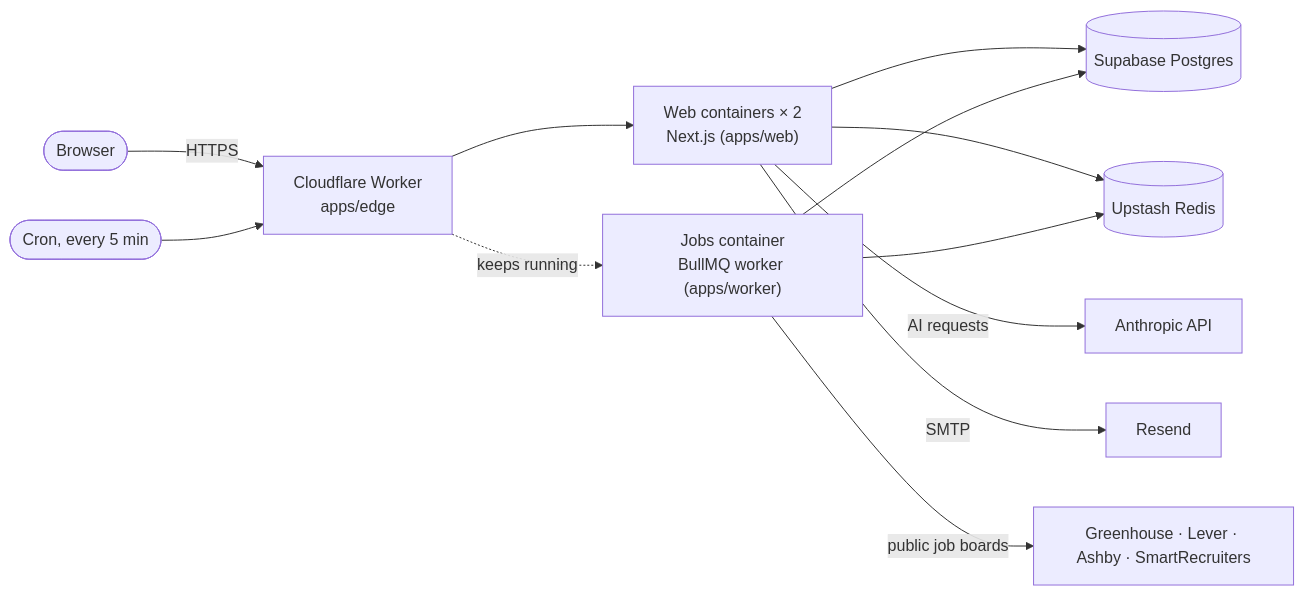
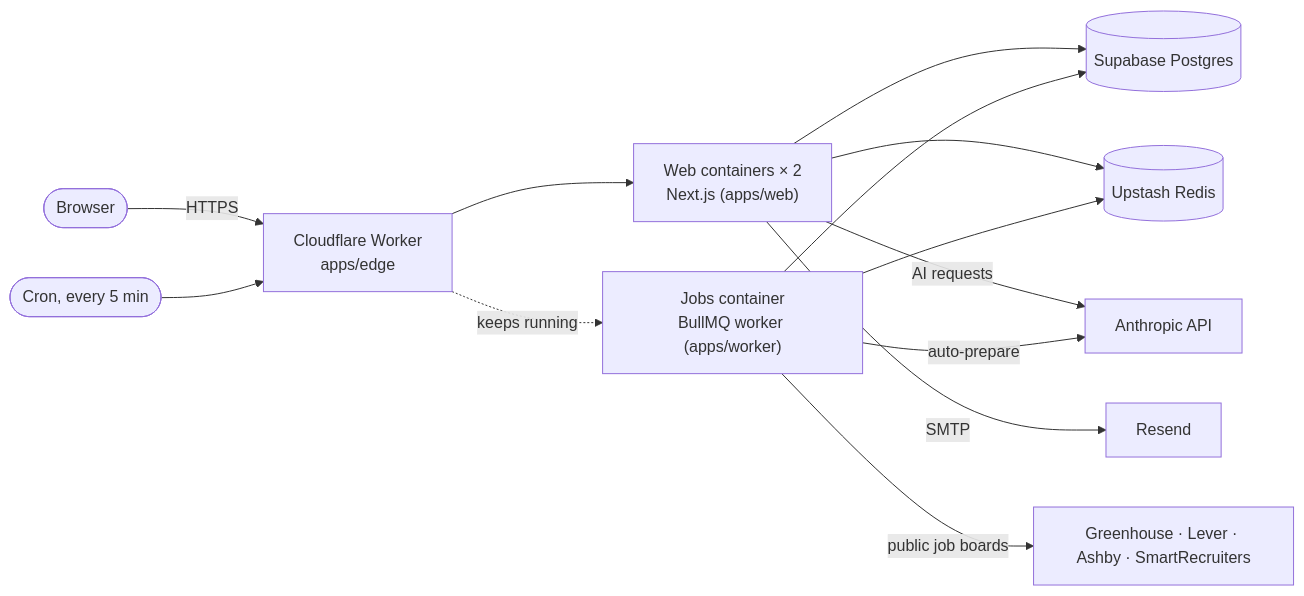
The diagram in docs/DEPLOY_CLOUDFLARE.md (HimaSundharRaju/NextRole), drawn with Mermaid before and after one commit. The commit also changed other lines of this file and 48 other files, not shown here.

First line of the commit message:
Auto-prepare applications for strong new matches and reuse tailored resumes

````diff
--- a/docs/DEPLOY_CLOUDFLARE.md
+++ b/docs/DEPLOY_CLOUDFLARE.md
@@ -7,14 +7,15 @@
 ```mermaid
 flowchart LR
   visitor([Browser]) -->|HTTPS| worker["Cloudflare Worker<br/>apps/edge"]
   worker --> web["Web containers × 2<br/>Next.js (apps/web)"]
   cron([Cron, every 5 min]) --> worker
   worker -. keeps running .-> jobs["Jobs container<br/>BullMQ worker (apps/worker)"]
   web --> pg[(Supabase Postgres)]
   web --> redis[(Upstash Redis)]
   jobs --> pg
   jobs --> redis
   web -->|AI requests| anthropic[Anthropic API]
+  jobs -->|auto-prepare| anthropic
   web -->|SMTP| mail[Resend]
   jobs -->|public job boards| boards[Greenhouse · Lever · Ashby · SmartRecruiters]
 ```
````
